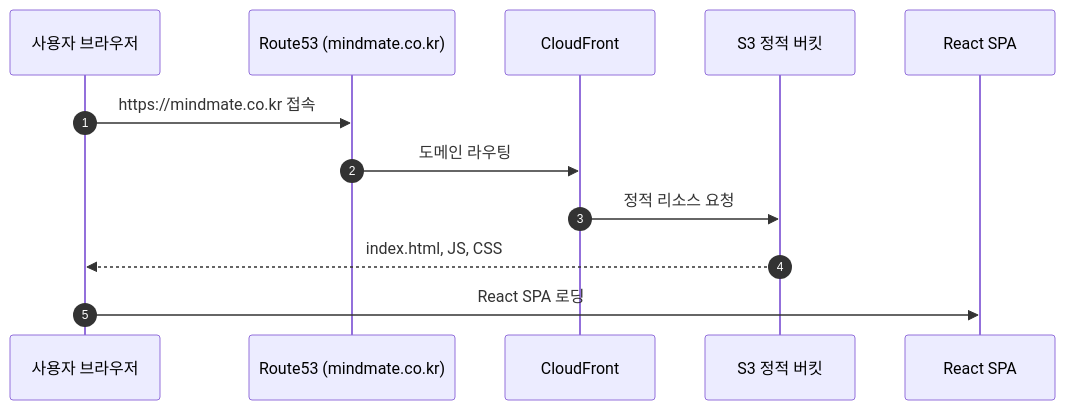
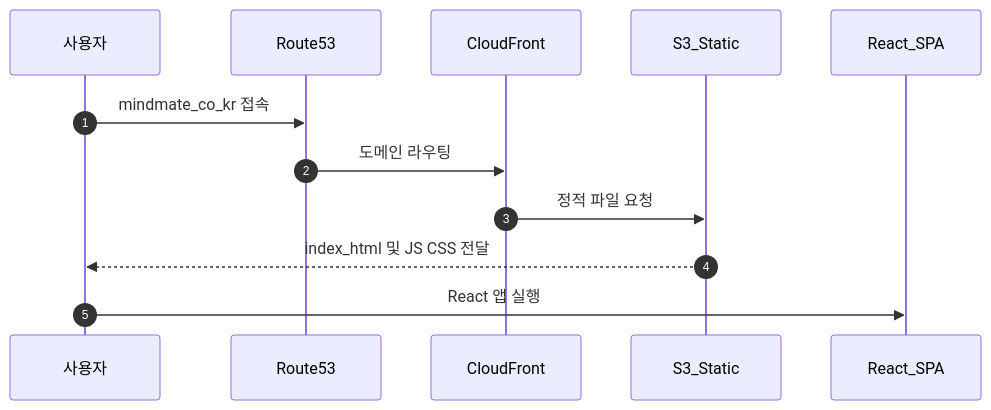
One commit to monancho/mindmate-docs12 changed the first of 4 diagrams in docs/overview/architecture.md. Above: the diagram before and after it, drawn with Mermaid. The commit also changed other lines of this file and 1 other file, not shown here.

````diff
--- a/docs/overview/architecture.md
+++ b/docs/overview/architecture.md
@@ -56,18 +62,15 @@
 ```mermaid
 sequenceDiagram
     autonumber
+    participant User as 사용자
+    participant R53 as Route53
+    participant CF as CloudFront
+    participant S3 as S3_Static
+    participant App as React_SPA
 
-    participant User as 사용자 브라우저
-    participant R53Web as Route53 (mindmate.co.kr)
-    participant CF as CloudFront
-    participant S3Static as S3 정적 버킷
-    participant React as React SPA
-
-    User->>R53Web: https://mindmate.co.kr 접속
-    R53Web->>CF: 도메인 라우팅
-    CF->>S3Static: 정적 리소스 요청
-    S3Static-->>User: index.html, JS, CSS
-    User->>React: React SPA 로딩
-
-
+    User ->> R53: mindmate_co_kr 접속
+    R53 ->> CF: 도메인 라우팅
+    CF ->> S3: 정적 파일 요청
+    S3 -->> User: index_html 및 JS CSS 전달
+    User ->> App: React 앱 실행
 ```
````
